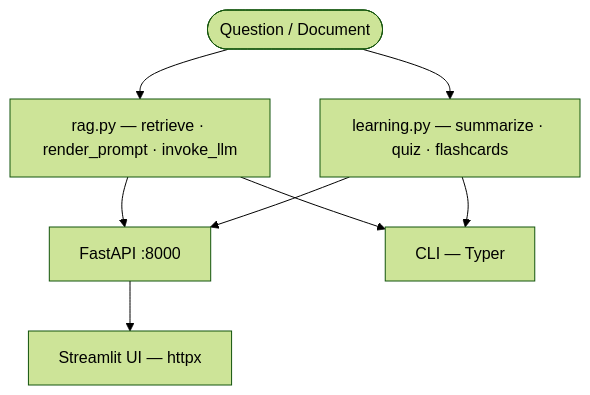
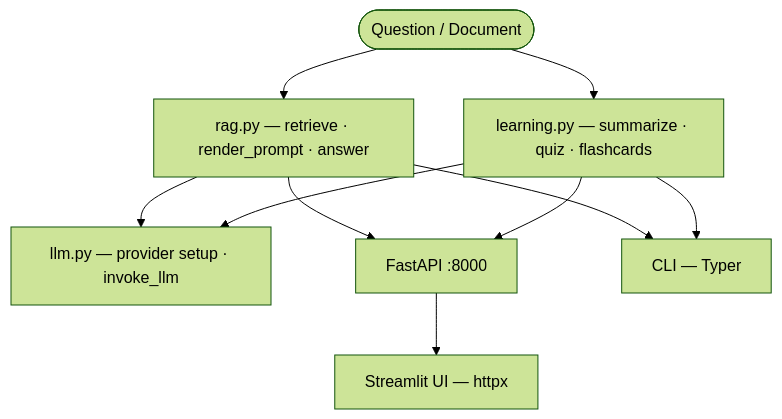
One commit to Datyth/RAG-for-Learning-System changed the second of 2 diagrams in README.md. Above: the diagram before and after it, drawn with Mermaid (forest theme). The commit also changed other lines of this file and 14 other files, not shown here.

````diff
--- a/README.md
+++ b/README.md
@@ -55,14 +56,17 @@
 ```mermaid
 flowchart TD
     Input(["Question / Document"])
-    RAG["rag.py — retrieve · render_prompt · invoke_llm"]
+    RAG["rag.py — retrieve · render_prompt · answer"]
+    LLM["llm.py — provider setup · invoke_llm"]
     LRN["learning.py — summarize · quiz · flashcards"]
     API["FastAPI :8000"]
     CLI["CLI — Typer"]
     UI["Streamlit UI — httpx"]
 
     Input --> RAG & LRN
+    RAG --> LLM
+    LRN --> LLM
     RAG --> API & CLI
     LRN --> API & CLI
     API --> UI
 ```
````
